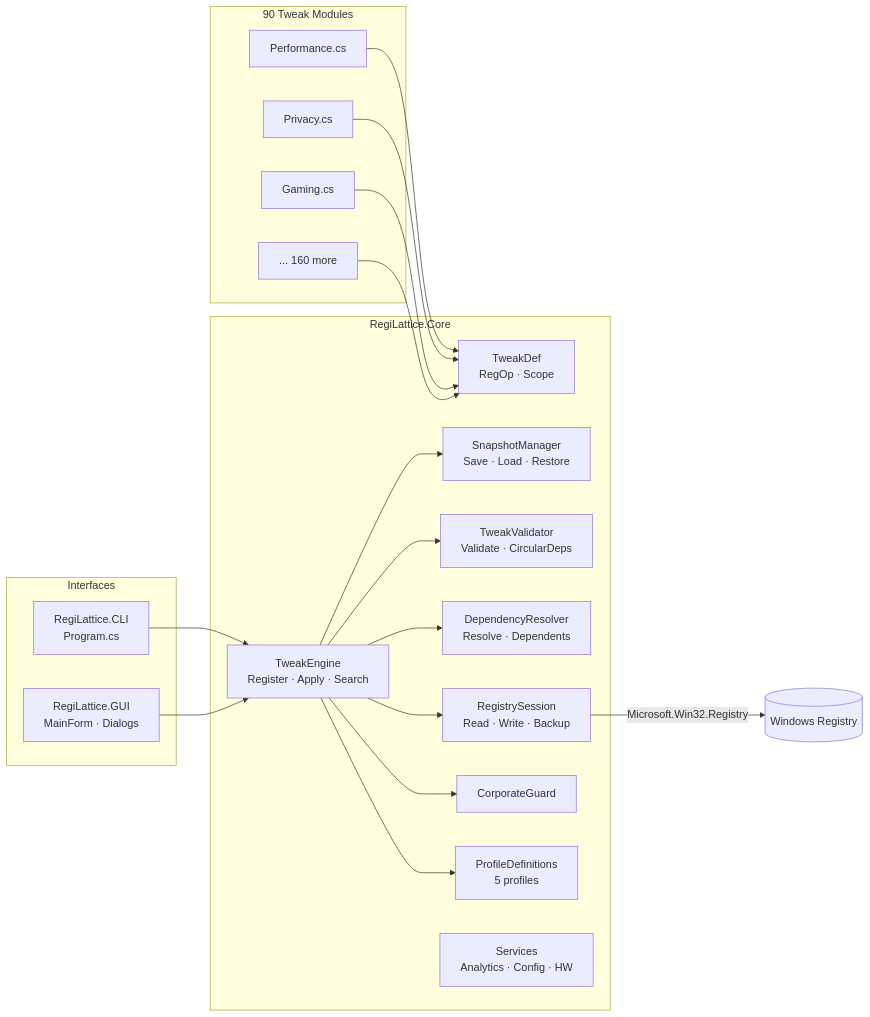
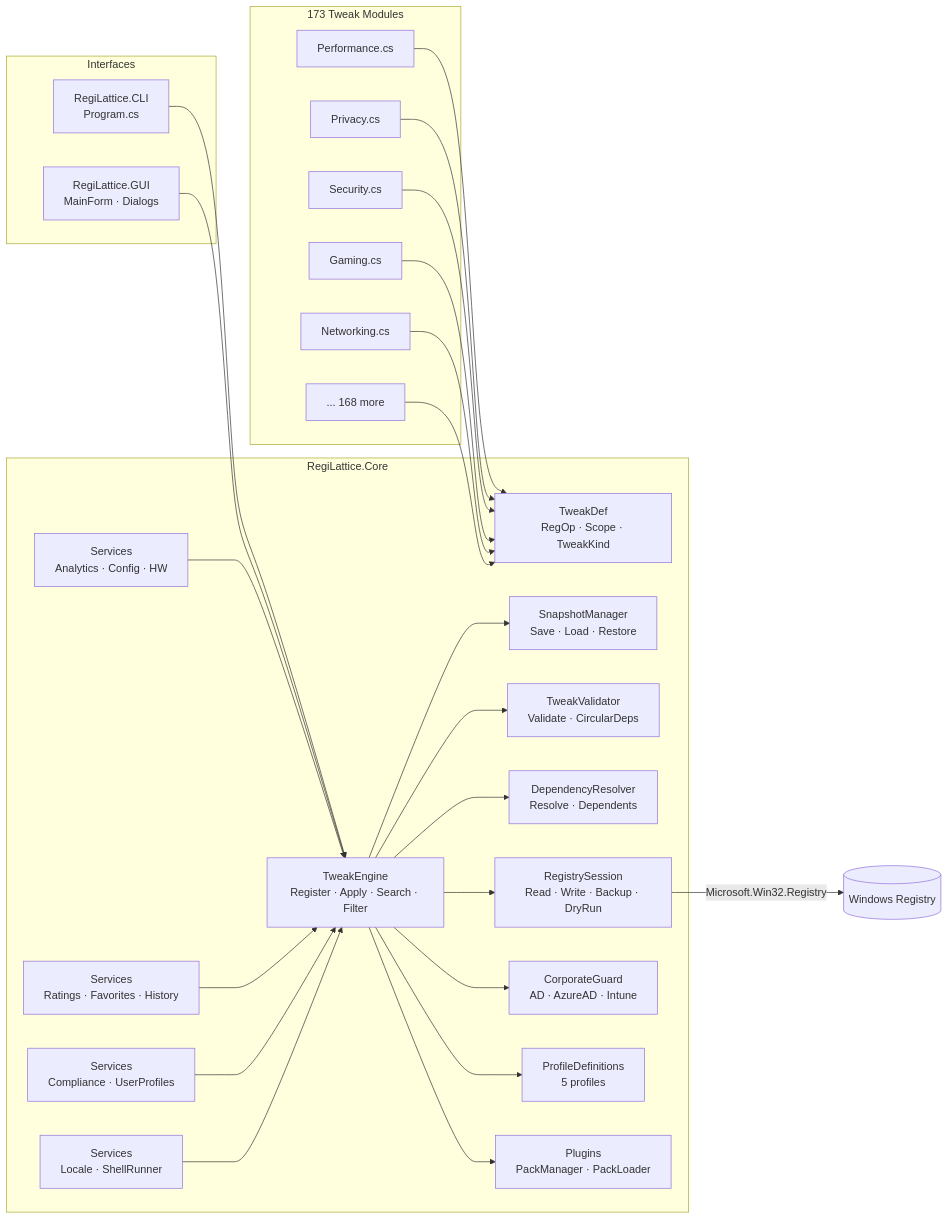
The diagram in README.md (RajwanYair/RegiLattice), drawn with Mermaid before and after one commit. The commit also changed other lines of this file, not shown here.

First line of the commit message:
docs(readme): restore/update architecture diagram + expand GitHub SEO keywords

````diff
--- a/README.md
+++ b/README.md
@@ -57,40 +67,53 @@
 ```mermaid
 graph LR
     subgraph Interfaces
         CLI[RegiLattice.CLI<br/>Program.cs]
         GUI[RegiLattice.GUI<br/>MainForm · Dialogs]
     end
 
     subgraph Core["RegiLattice.Core"]
-        TE[TweakEngine<br/>Register · Apply · Search]
+        TE[TweakEngine<br/>Register · Apply · Search · Filter]
         SM[SnapshotManager<br/>Save · Load · Restore]
         TV[TweakValidator<br/>Validate · CircularDeps]
         DR[DependencyResolver<br/>Resolve · Dependents]
-        TD[TweakDef<br/>RegOp · Scope]
-        RS[RegistrySession<br/>Read · Write · Backup]
-        CG[CorporateGuard]
+        TD[TweakDef<br/>RegOp · Scope · TweakKind]
+        RS[RegistrySession<br/>Read · Write · Backup · DryRun]
+        CG[CorporateGuard<br/>AD · AzureAD · Intune]
         PD[ProfileDefinitions<br/>5 profiles]
         SV[Services<br/>Analytics · Config · HW]
+        SV2[Services<br/>Ratings · Favorites · History]
+        SV3[Services<br/>Compliance · UserProfiles]
+        SV4[Services<br/>Locale · ShellRunner]
+        PM[Plugins<br/>PackManager · PackLoader]
     end
 
-    subgraph Tweaks["90 Tweak Modules"]
+    subgraph Tweaks["173 Tweak Modules"]
         T1[Performance.cs]
         T2[Privacy.cs]
-        T3[Gaming.cs]
-        TN[... 160 more]
+        T3[Security.cs]
+        T4[Gaming.cs]
+        T5[Networking.cs]
+        TN[... 168 more]
     end
 
     CLI --> TE
     GUI --> TE
     TE --> SM
     TE --> TV
     TE --> DR
     TE --> RS
     TE --> CG
     TE --> PD
+    TE --> PM
+    SV --> TE
+    SV2 --> TE
+    SV3 --> TE
+    SV4 --> TE
     T1 --> TD
     T2 --> TD
     T3 --> TD
+    T4 --> TD
+    T5 --> TD
     TN --> TD
     RS -->|Microsoft.Win32.Registry| WR[(Windows Registry)]
 ```
````
